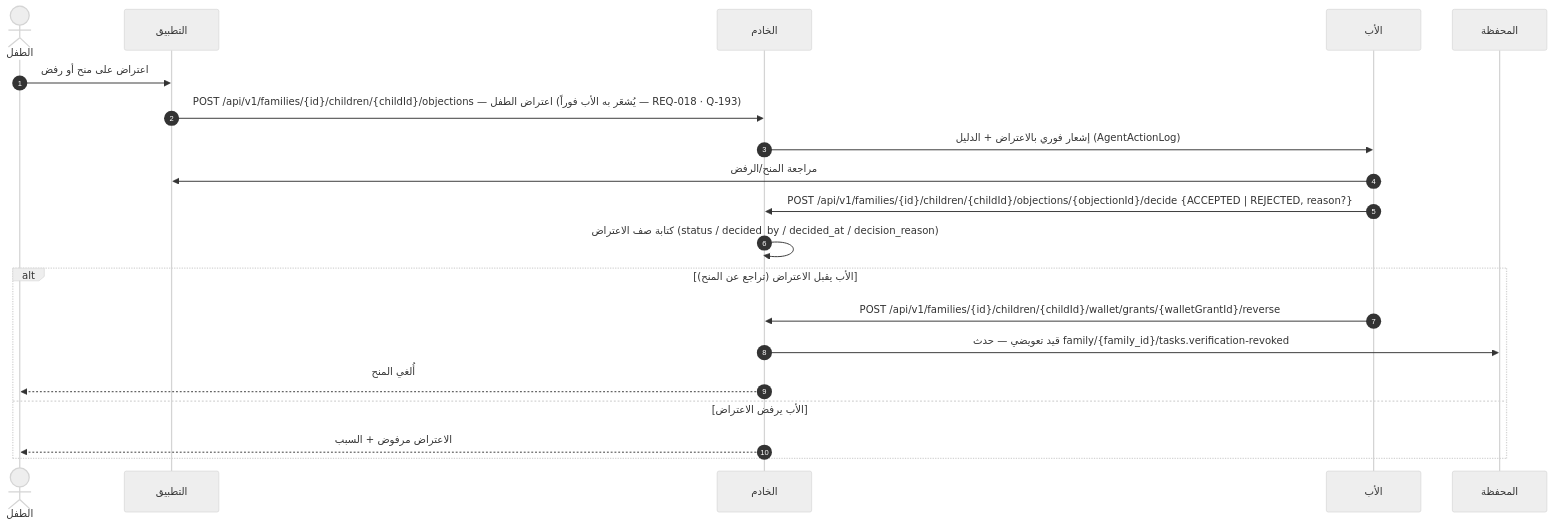
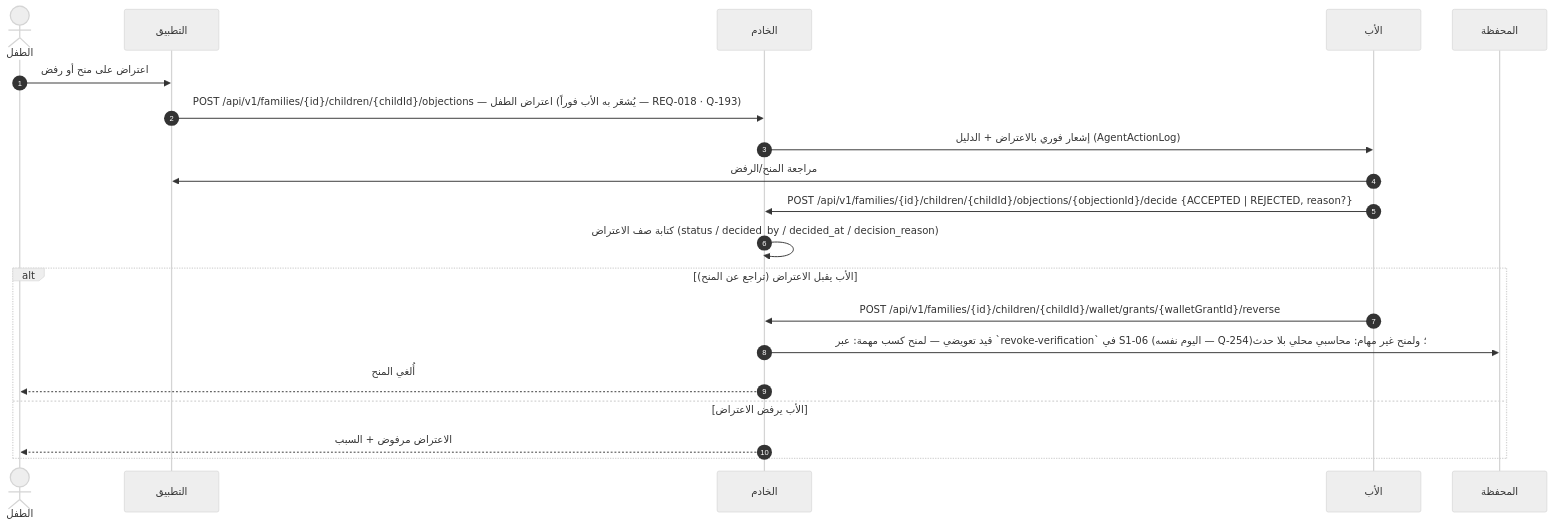
One commit to Bassam-mohammed-alqaeadi/family-os-v2 changed the ninth of 12 diagrams in docs/family-os/governance/phases/phase-1/S1-05-rewards-children/DIAGRAMS.md. Above: the diagram before and after it, drawn with Mermaid (neutral theme). The commit also changed other lines of this file and 8 other files, not shown here.

````diff
--- a/docs/family-os/governance/phases/phase-1/S1-05-rewards-children/DIAGRAMS.md
+++ b/docs/family-os/governance/phases/phase-1/S1-05-rewards-children/DIAGRAMS.md
@@ -402,22 +402,22 @@
 ```mermaid
 sequenceDiagram
     autonumber
     actor Child as الطفل
     participant App as التطبيق
     participant Ktor as الخادم
     participant Father as الأب
     participant Wallet as المحفظة
     Child->>App: اعتراض على منح أو رفض
     App->>Ktor: POST /api/v1/families/{id}/children/{childId}/objections — اعتراض الطفل (يُشعَر به الأب فوراً — REQ-018 · Q-193)
     Ktor->>Father: إشعار فوري بالاعتراض + الدليل (AgentActionLog)
     Father->>App: مراجعة المنح/الرفض
     Father->>Ktor: POST /api/v1/families/{id}/children/{childId}/objections/{objectionId}/decide {ACCEPTED | REJECTED, reason?}
     Ktor->>Ktor: كتابة صف الاعتراض (status / decided_by / decided_at / decision_reason)
     alt الأب يقبل الاعتراض (تراجع عن المنح)
         Father->>Ktor: POST /api/v1/families/{id}/children/{childId}/wallet/grants/{walletGrantId}/reverse
-        Ktor->>Wallet: قيد تعويضي — حدث family/{family_id}/tasks.verification-revoked
+        Ktor->>Wallet: قيد تعويضي — لمنح كسب مهمة: عبر `revoke-verification` في S1-06 (اليوم نفسه — Q-254)؛ ولمنح غير مهام: محاسبي محلي بلا حدث
         Ktor-->>Child: أُلغي المنح
     else الأب يرفض الاعتراض
         Ktor-->>Child: الاعتراض مرفوض + السبب
     end
 ```
````
